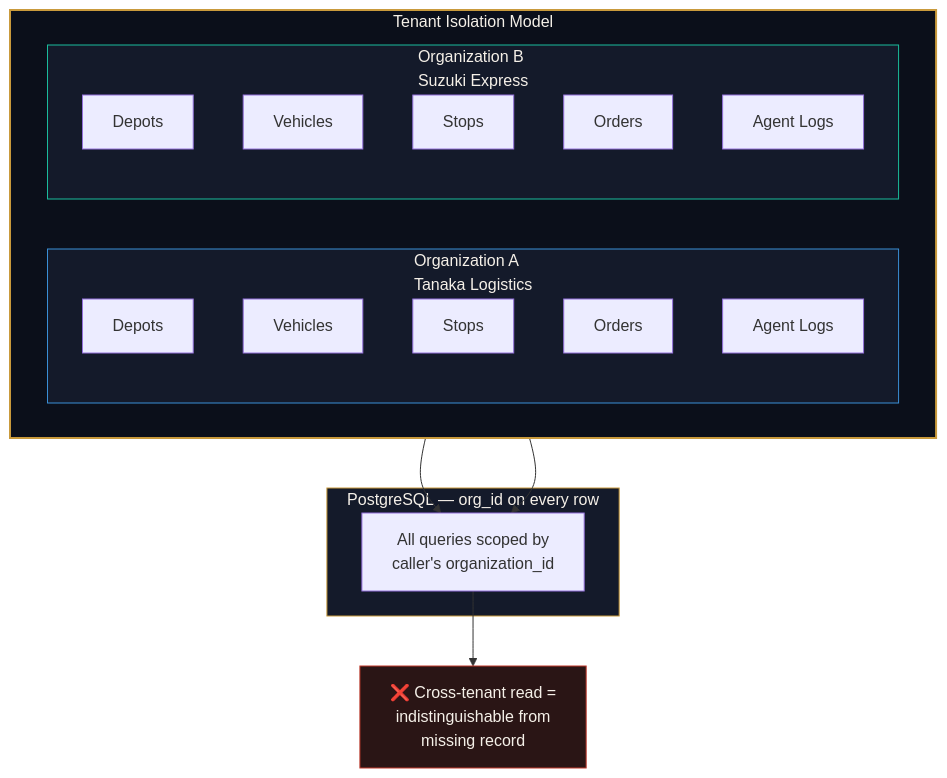
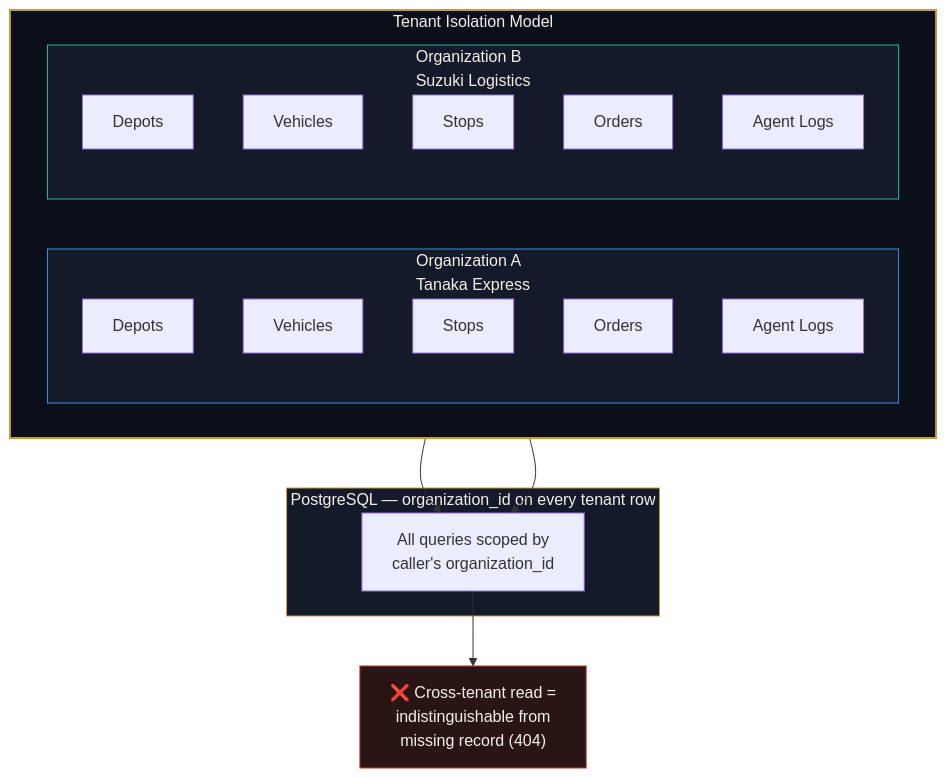
Before and after one commit to lobezno16/Takumi: diagram 13 of 14 in README.md, drawn with Mermaid. The commit also changed other lines of this file, not shown here.

````diff
--- a/README.md
+++ b/README.md
@@ -451,38 +813,38 @@
 ```mermaid
 graph TB
     subgraph tenants["Tenant Isolation Model"]
         direction LR
-        subgraph org_a["Organization A<br/>Tanaka Logistics"]
+        subgraph org_a["Organization A<br/>Tanaka Express"]
             A_DEP["Depots"]
             A_VEH["Vehicles"]
             A_STP["Stops"]
             A_ORD["Orders"]
             A_AGT["Agent Logs"]
         end
 
-        subgraph org_b["Organization B<br/>Suzuki Express"]
+        subgraph org_b["Organization B<br/>Suzuki Logistics"]
             B_DEP["Depots"]
             B_VEH["Vehicles"]
             B_STP["Stops"]
             B_ORD["Orders"]
             B_AGT["Agent Logs"]
         end
     end
 
-    subgraph db["PostgreSQL — org_id on every row"]
+    subgraph db["PostgreSQL — organization_id on every tenant row"]
         QUERY["All queries scoped by<br/>caller's organization_id"]
     end
 
     org_a --> QUERY
     org_b --> QUERY
 
-    CROSS["❌ Cross-tenant read =<br/>indistinguishable from<br/>missing record"]
+    CROSS["❌ Cross-tenant read =<br/>indistinguishable from<br/>missing record (404)"]
 
     QUERY --> CROSS
 
     style tenants fill:#0b0f1a,stroke:#c99a3c,color:#f5f0e8,stroke-width:2px
     style org_a fill:#141a2a,stroke:#3a8fd6,color:#f5f0e8
     style org_b fill:#141a2a,stroke:#1abc9c,color:#f5f0e8
     style db fill:#141a2a,stroke:#c99a3c,color:#f5f0e8
     style CROSS fill:#2a1515,stroke:#c0392b,color:#f5f0e8
 ```
````
